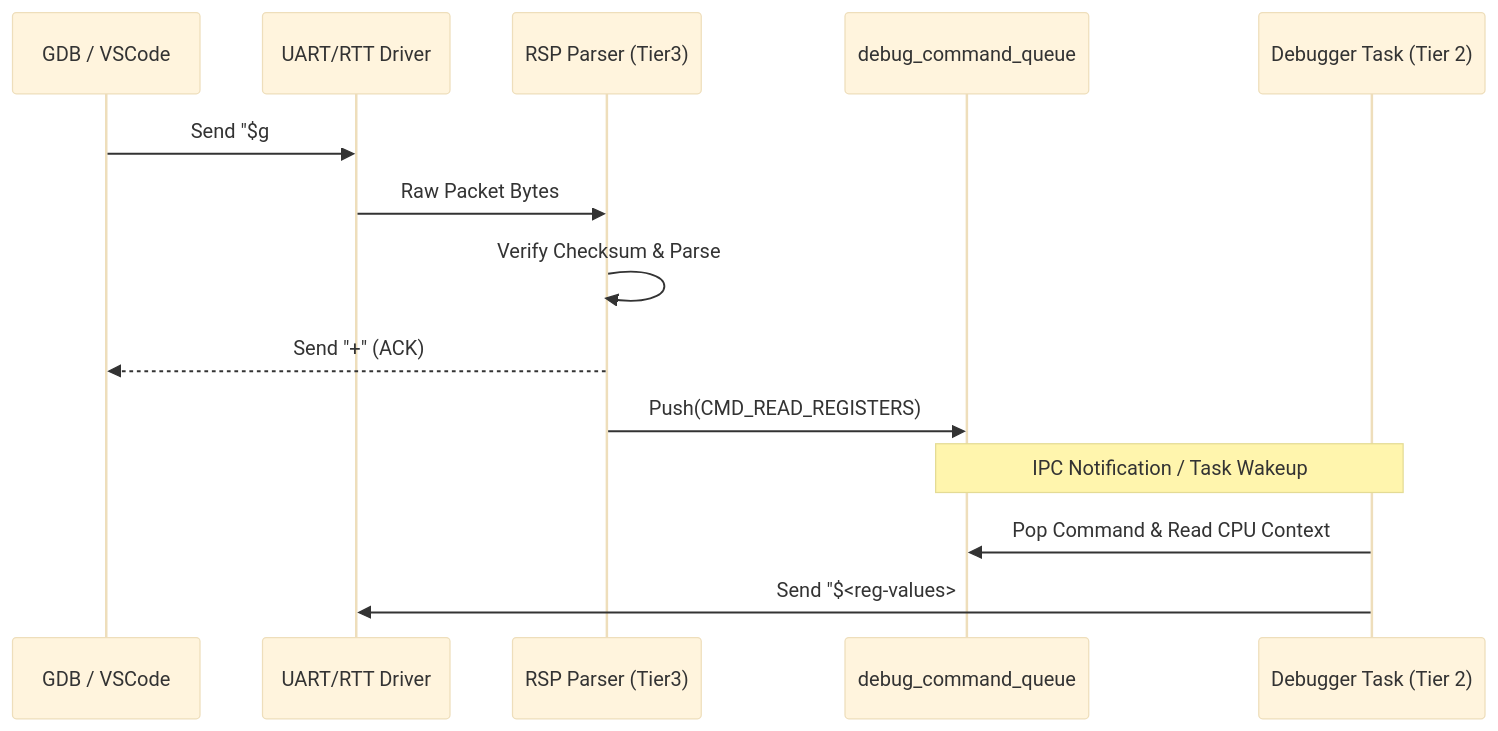
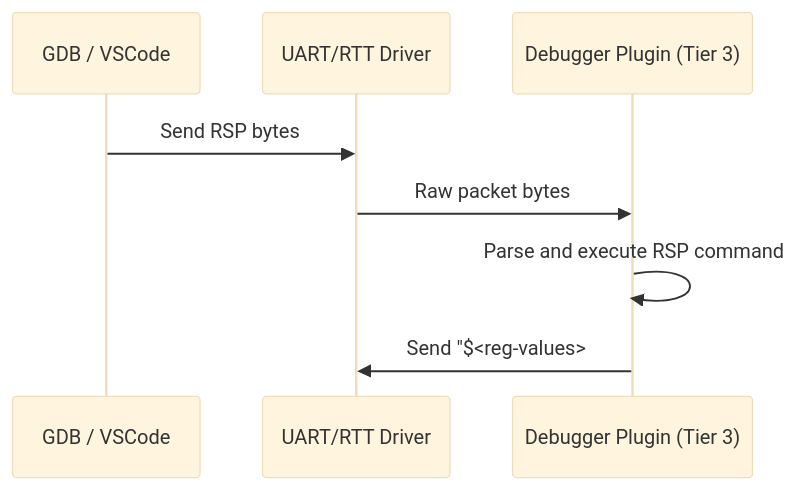
The fourth of 4 diagrams in docs/components/tier3_platform/platform_driver.md (kmt-t/fireball), drawn with Mermaid (base theme) before and after one commit. The commit also changed other lines of this file and 55 other files, not shown here.

Commit message:
Update project architecture and validation artifacts

````diff
--- a/docs/components/tier3_platform/platform_driver.md
+++ b/docs/components/tier3_platform/platform_driver.md
@@ -138,17 +126,11 @@
 ```mermaid
 sequenceDiagram
     participant Host as GDB / VSCode
     participant UART as UART/RTT Driver
-    participant RSP as RSP Parser (Tier3)
-    participant Q as debug_command_queue
-    participant Dbg as Debugger Task (Tier 2)
+    participant Dbg as Debugger Plugin (Tier 3)
 
-    Host->>UART: Send "$g#67" (Read Registers)
-    UART->>RSP: Raw Packet Bytes
-    RSP->>RSP: Verify Checksum & Parse
-    RSP-->>Host: Send "+" (ACK)
-    RSP->>Q: Push(CMD_READ_REGISTERS)
-    Note over Q,Dbg: IPC Notification / Task Wakeup
-    Dbg->>Q: Pop Command & Read CPU Context
+    Host->>UART: Send RSP bytes
+    UART->>Dbg: Raw packet bytes
+    Dbg->>Dbg: Parse and execute RSP command
     Dbg->>UART: Send "$<reg-values>#<cksum>"
 ```
````
